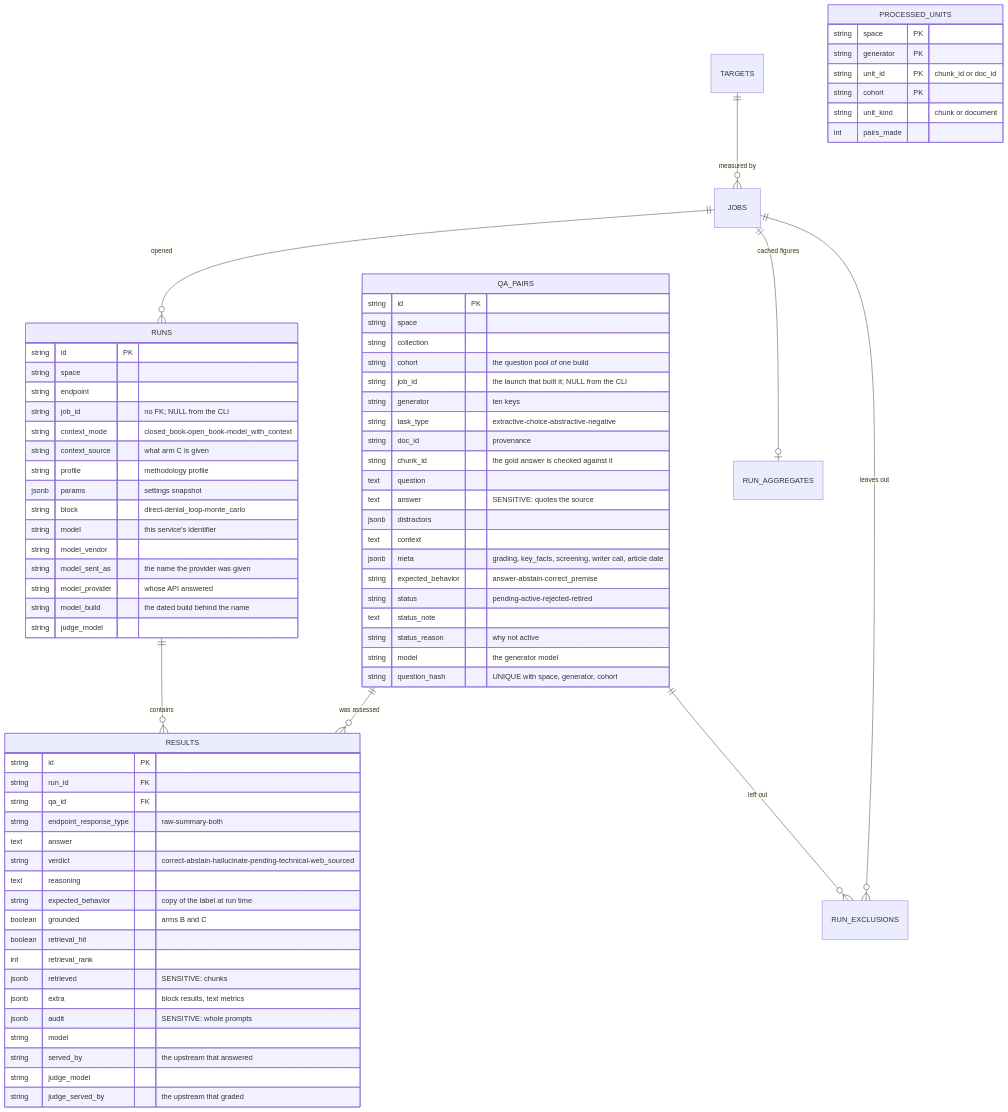
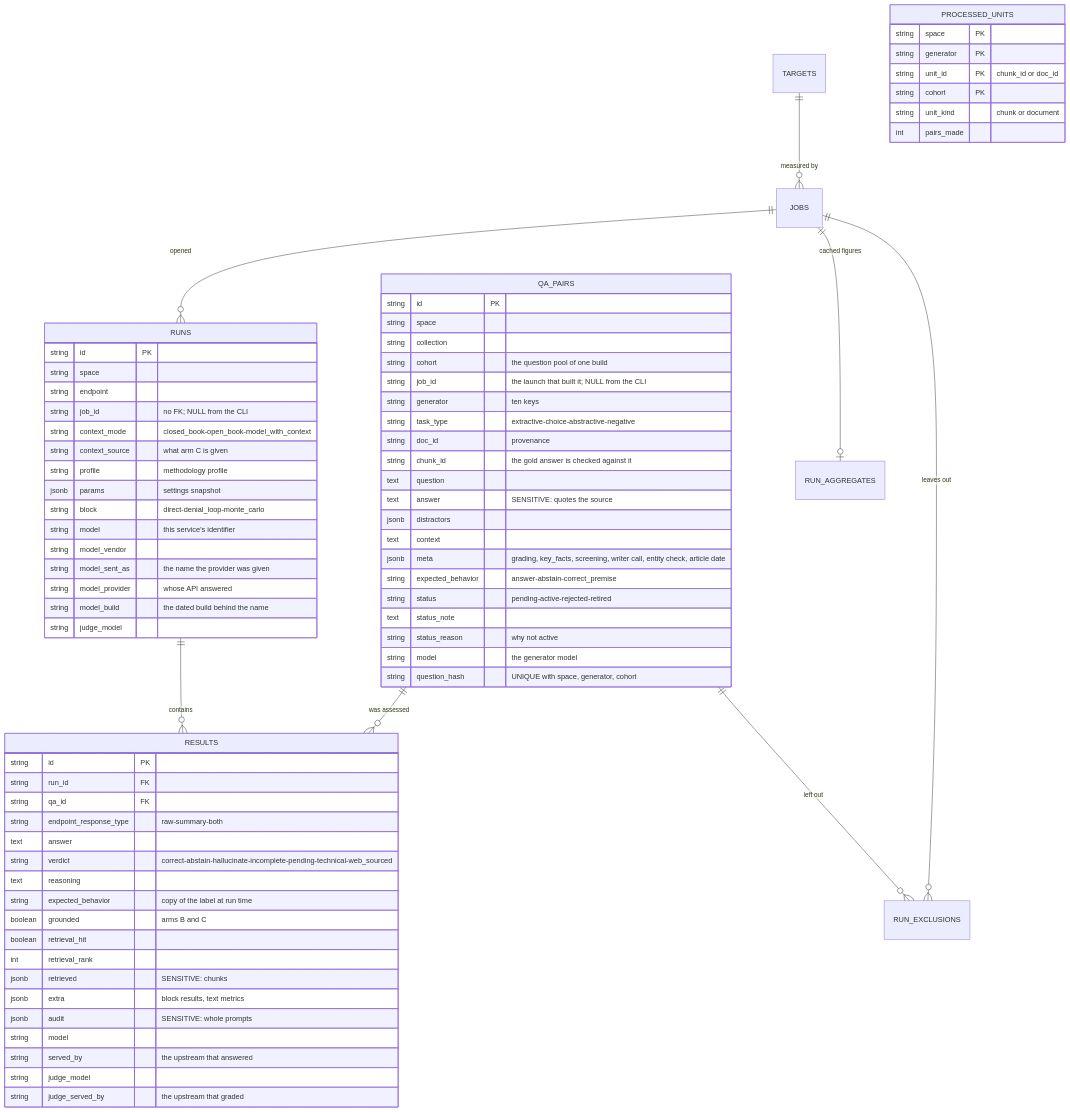
One commit to OpenMined/syft-space changed the diagram in packages/benchmark/docs/data-model.md. Above: the diagram before and after it, drawn with Mermaid. The commit also changed other lines of this file and 77 other files, not shown here.

Commit message:
feat(benchmark): entity check, balanced top-up, incomplete grade for explanations, fill-in matching, hop-fact judging

````diff
--- a/packages/benchmark/docs/data-model.md
+++ b/packages/benchmark/docs/data-model.md
@@ -6,79 +6,79 @@
 ```mermaid
 erDiagram
     QA_PAIRS ||--o{ RESULTS : "was assessed"
     RUNS ||--o{ RESULTS : "contains"
     JOBS ||--o{ RUNS : "opened"
     JOBS ||--o{ RUN_EXCLUSIONS : "leaves out"
     QA_PAIRS ||--o{ RUN_EXCLUSIONS : "left out"
     JOBS ||--o| RUN_AGGREGATES : "cached figures"
     TARGETS ||--o{ JOBS : "measured by"
     PROCESSED_UNITS
 
     QA_PAIRS {
         string id PK
         string space
         string collection
         string cohort "the question pool of one build"
         string job_id "the launch that built it; NULL from the CLI"
         string generator "ten keys"
         string task_type "extractive-choice-abstractive-negative"
         string doc_id "provenance"
         string chunk_id "the gold answer is checked against it"
         text question
         text answer "SENSITIVE: quotes the source"
         jsonb distractors
         text context
-        jsonb meta "grading, key_facts, screening, writer call, article date"
+        jsonb meta "grading, key_facts, screening, writer call, entity check, article date"
         string expected_behavior "answer-abstain-correct_premise"
         string status "pending-active-rejected-retired"
         text status_note
         string status_reason "why not active"
         string model "the generator model"
         string question_hash "UNIQUE with space, generator, cohort"
     }
     PROCESSED_UNITS {
         string space PK
         string generator PK
         string unit_id PK "chunk_id or doc_id"
         string cohort PK
         string unit_kind "chunk or document"
         int pairs_made
     }
     RUNS {
         string id PK
         string space
         string endpoint
         string job_id "no FK; NULL from the CLI"
         string context_mode "closed_book-open_book-model_with_context"
         string context_source "what arm C is given"
         string profile "methodology profile"
         jsonb params "settings snapshot"
         string block "direct-denial_loop-monte_carlo"
         string model "this service's identifier"
         string model_vendor
         string model_sent_as "the name the provider was given"
         string model_provider "whose API answered"
         string model_build "the dated build behind the name"
         string judge_model
     }
     RESULTS {
         string id PK
         string run_id FK
         string qa_id FK
         string endpoint_response_type "raw-summary-both"
         text answer
-        string verdict "correct-abstain-hallucinate-pending-technical-web_sourced"
+        string verdict "correct-abstain-hallucinate-incomplete-pending-technical-web_sourced"
         text reasoning
         string expected_behavior "copy of the label at run time"
         boolean grounded "arms B and C"
         boolean retrieval_hit
         int retrieval_rank
         jsonb retrieved "SENSITIVE: chunks"
         jsonb extra "block results, text metrics"
         jsonb audit "SENSITIVE: whole prompts"
         string model
         string served_by "the upstream that answered"
         string judge_model
         string judge_served_by "the upstream that graded"
     }
 ```
````
